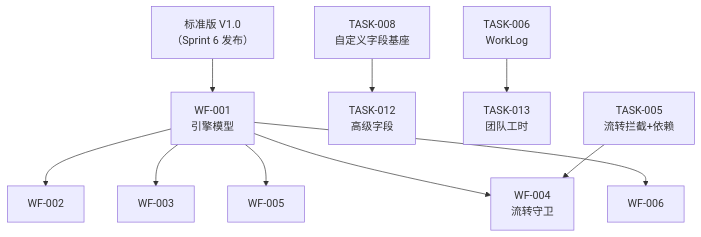
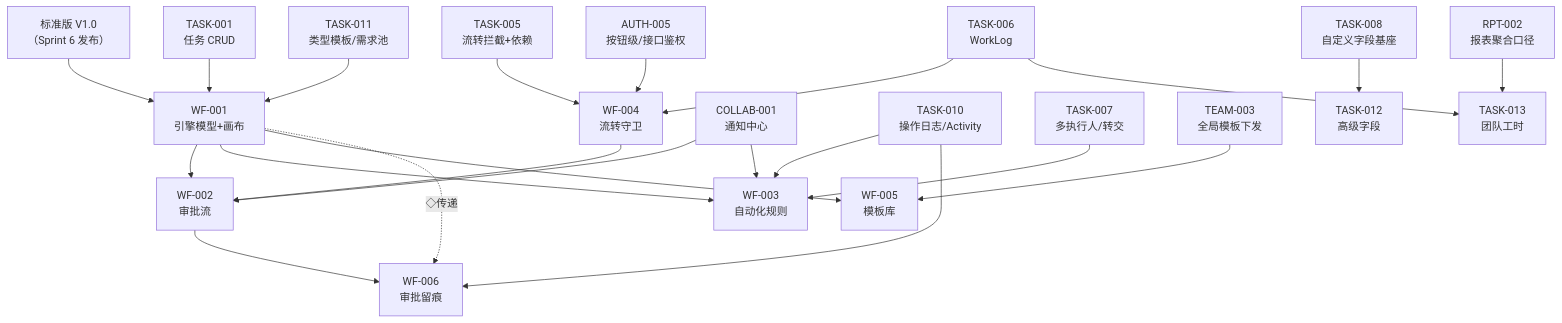
One commit to RabbitAI-Lab/RabbitProjects changed the second of 2 diagrams in docs/sprint-7-enterprise-workflow/sprint-overview.md. Above: the diagram before and after it, drawn with Mermaid. The commit also changed other lines of this file and 9 other files, not shown here.

````diff
--- a/docs/sprint-7-enterprise-workflow/sprint-overview.md
+++ b/docs/sprint-7-enterprise-workflow/sprint-overview.md
@@ -58,12 +60,24 @@
 ```mermaid
 flowchart TB
-    S6["标准版 V1.0<br/>（Sprint 6 发布）"] --> W001["WF-001<br/>引擎模型"]
+    S6["标准版 V1.0<br/>（Sprint 6 发布）"] --> W001["WF-001<br/>引擎模型+画布"]
+    T001["TASK-001<br/>任务 CRUD"] --> W001
+    T011["TASK-011<br/>类型模板/需求池"] --> W001
+    T005["TASK-005<br/>流转拦截+依赖"] --> W004["WF-004<br/>流转守卫"]
+    T006["TASK-006<br/>WorkLog"] --> W004
+    A005["AUTH-005<br/>按钮级/接口鉴权"] --> W004
+    C001["COLLAB-001<br/>通知中心"] --> W002["WF-002<br/>审批流"]
+    W001 --> W002
+    W004 --> W002
+    T010["TASK-010<br/>操作日志/Activity"] --> W003["WF-003<br/>自动化规则"]
+    T007["TASK-007<br/>多执行人/转交"] --> W003
+    C001 --> W003
+    W001 --> W003
+    TM003["TEAM-003<br/>全局模板下发"] --> W005["WF-005<br/>模板库"]
+    W001 --> W005
+    W001 -.->|"◇传递"| W006["WF-006<br/>审批留痕"]
+    W002 --> W006
+    T010 --> W006
     T008["TASK-008<br/>自定义字段基座"] --> T012["TASK-012<br/>高级字段"]
-    T006["TASK-006<br/>WorkLog"] --> T013["TASK-013<br/>团队工时"]
-    T005["TASK-005<br/>流转拦截+依赖"] --> W004["WF-004<br/>流转守卫"]
-    W001 --> W002["WF-002"]
-    W001 --> W003["WF-003"]
-    W001 --> W004
-    W001 --> W005["WF-005"]
-    W001 --> W006["WF-006"]
+    T006 --> T013["TASK-013<br/>团队工时"]
+    R002["RPT-002<br/>报表聚合口径"] --> T013
 ```
````
